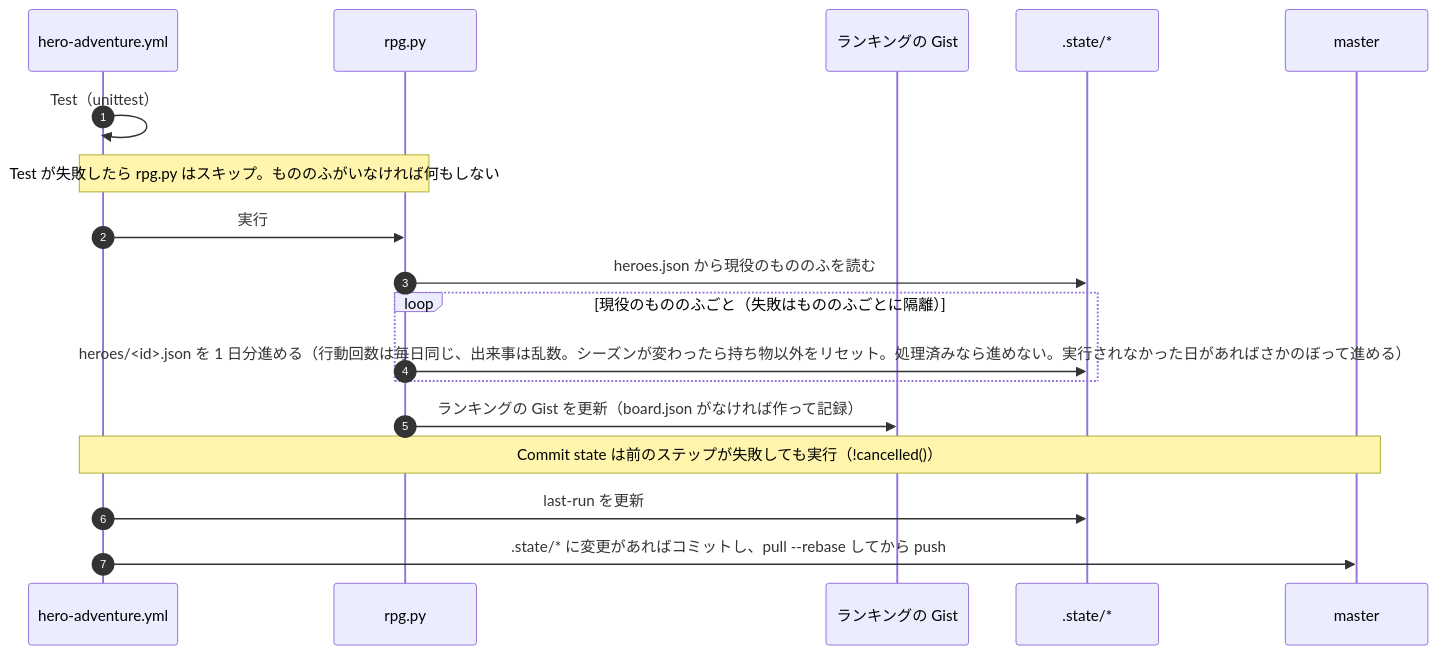
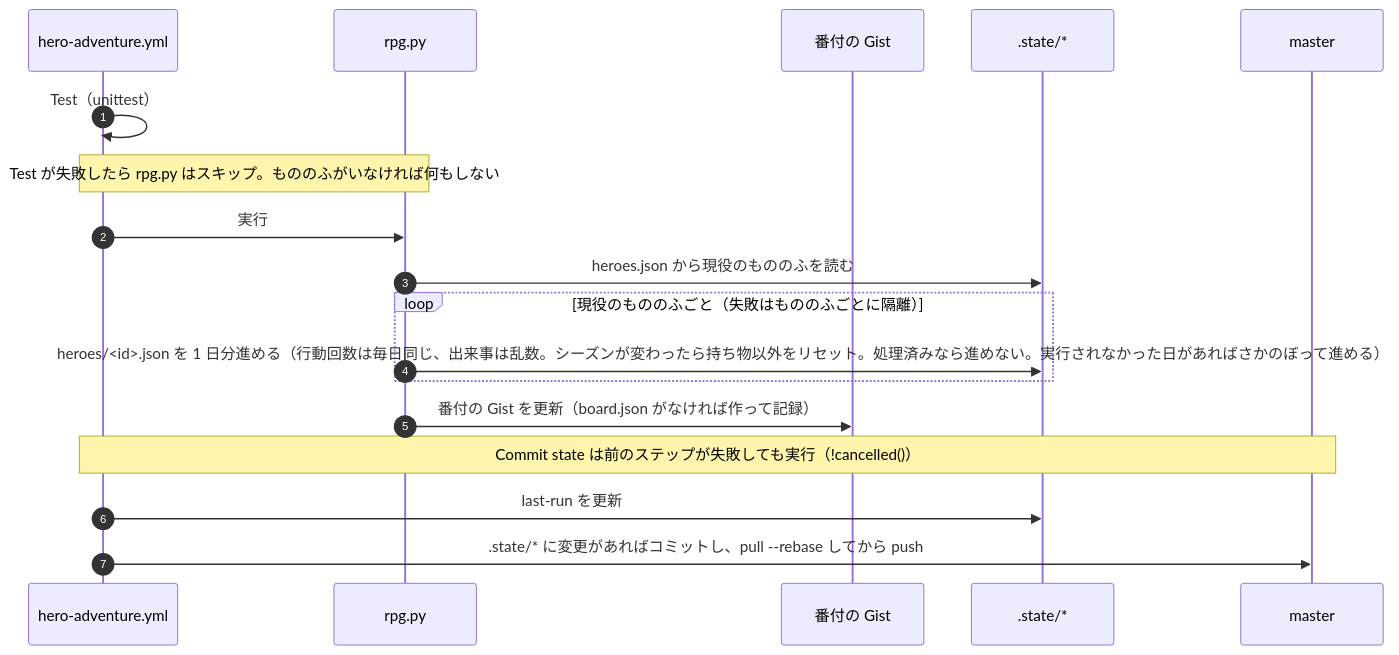
The second of 3 diagrams in docs/DATA_FLOW.md (ot-nemoto/cryepis), drawn with Mermaid before and after one commit. The commit also changed other lines of this file and 21 other files, not shown here.

First line of the commit message:
用語の見直し（武具・鎧・番付・絵図）と、ホームのページをなくす

````diff
--- a/docs/DATA_FLOW.md
+++ b/docs/DATA_FLOW.md
@@ -72,21 +72,21 @@
 ```mermaid
 sequenceDiagram
     autonumber
     participant WF as hero-adventure.yml
     participant RP as rpg.py
-    participant G as ランキングの Gist
+    participant G as 番付の Gist
     participant S as .state/*
     participant M as master
 
     WF->>WF: Test（unittest）
     Note over WF,RP: Test が失敗したら rpg.py はスキップ。もののふがいなければ何もしない
     WF->>RP: 実行
     RP->>S: heroes.json から現役のもののふを読む
     loop 現役のもののふごと（失敗はもののふごとに隔離）
         RP->>S: heroes/<id>.json を 1 日分進める（行動回数は毎日同じ、出来事は乱数。シーズンが変わったら持ち物以外をリセット。処理済みなら進めない。実行されなかった日があればさかのぼって進める）
     end
-    RP->>G: ランキングの Gist を更新（board.json がなければ作って記録）
+    RP->>G: 番付の Gist を更新（board.json がなければ作って記録）
     Note over WF,M: Commit state は前のステップが失敗しても実行（!cancelled()）
     WF->>S: last-run を更新
     WF->>M: .state/* に変更があればコミットし、pull --rebase してから push
 ```
````
